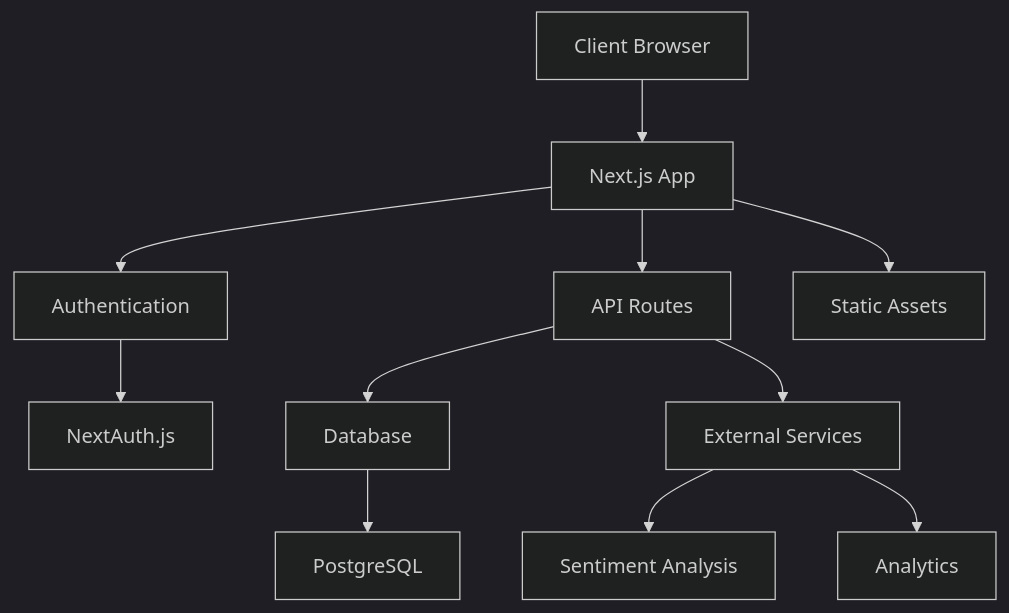
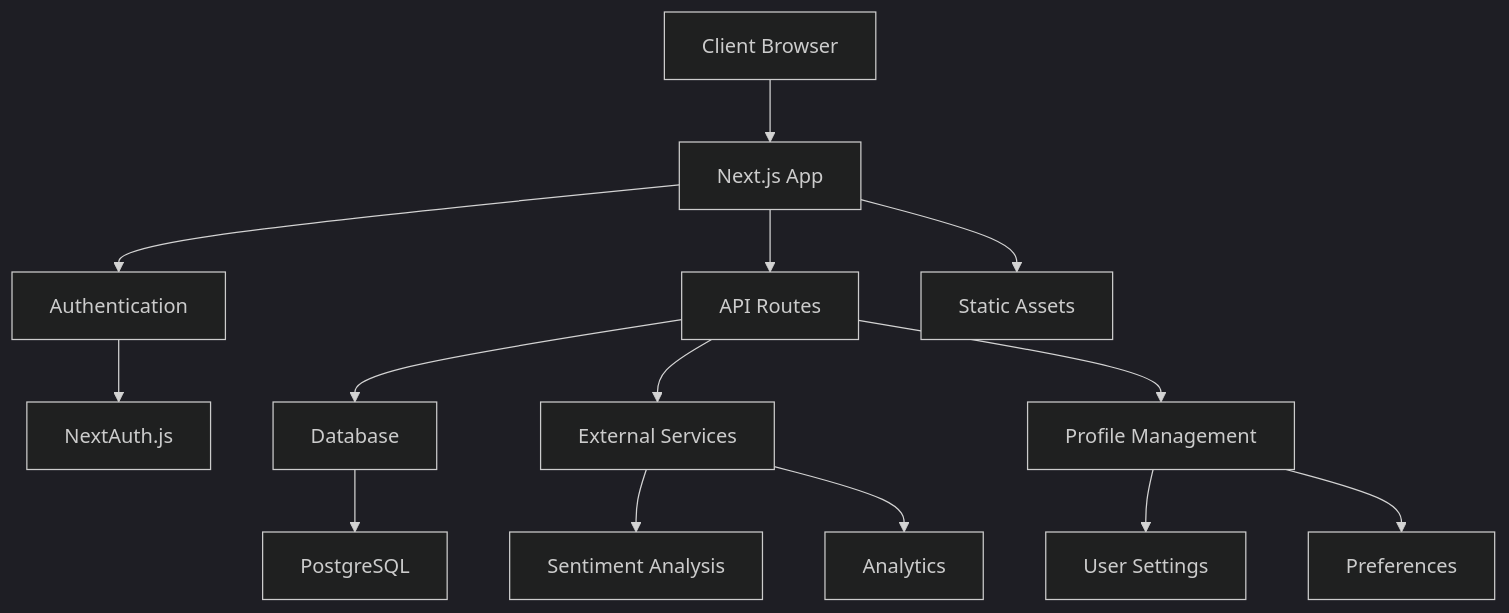
The first of 3 diagrams in SYSTEM_DESIGN.md (victorkiambi/personal-journaling-app), drawn with Mermaid (dark theme) before and after one commit. The commit also changed other lines of this file and 2 other files, not shown here.

Commit message:
docs: update system design, database schema, and component documentation

````diff
--- a/SYSTEM_DESIGN.md
+++ b/SYSTEM_DESIGN.md
@@ -30,13 +31,16 @@
 ```mermaid
 graph TD
     A[Client Browser] --> B[Next.js App]
     B --> C[Authentication]
     B --> D[API Routes]
     B --> E[Static Assets]
     C --> F[NextAuth.js]
     D --> G[Database]
     D --> H[External Services]
     G --> I[PostgreSQL]
     H --> J[Sentiment Analysis]
     H --> K[Analytics]
+    D --> L[Profile Management]
+    L --> M[User Settings]
+    L --> N[Preferences]
 ```
````
